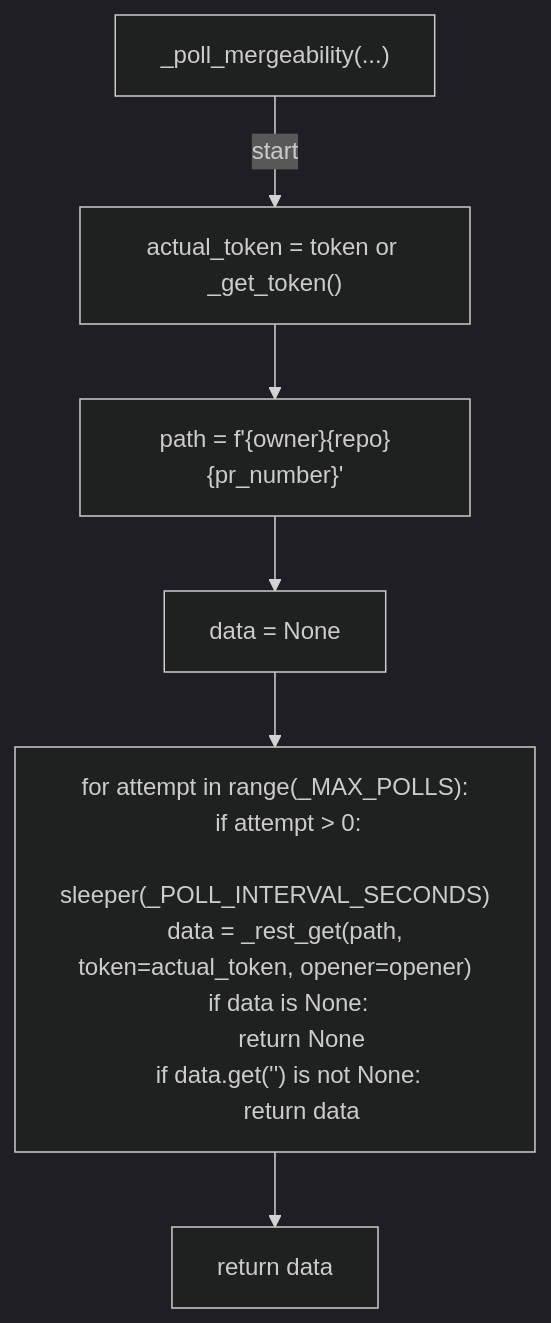
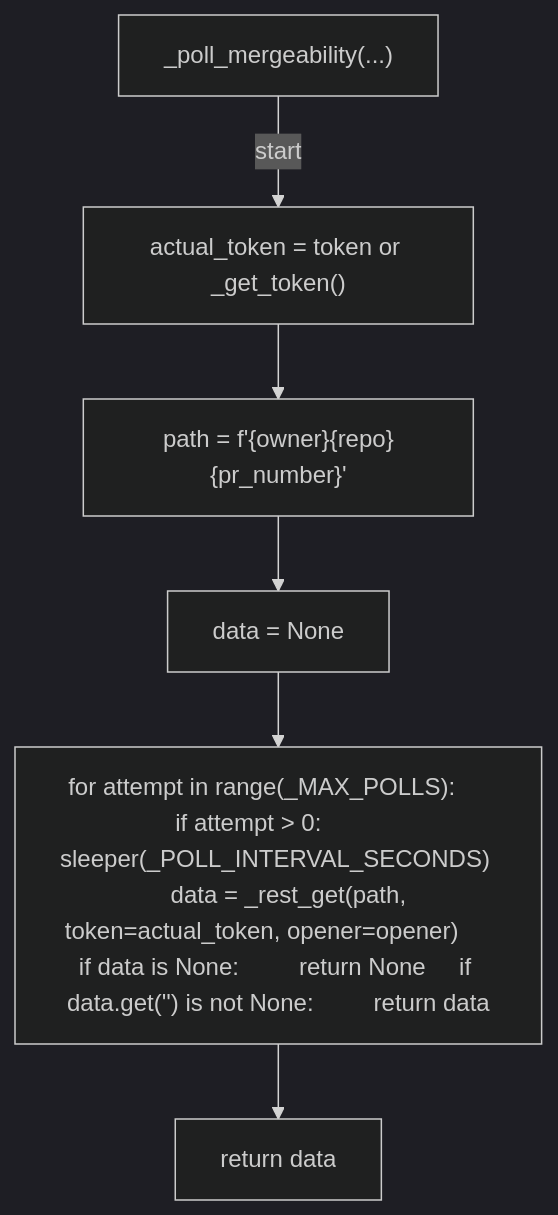
One commit to tvna/claude-md changed the seventh of 12 diagrams in docs/generated/scripts/ast/check_pr_mergeability.md. Above: the diagram before and after it, drawn with Mermaid (dark theme). The commit also changed other lines of this file and 20 other files, not shown here.

First line of the commit message:
docs(generated): regenerate decision tree and workflow diagrams (batch 1/5)

````diff
--- a/docs/generated/scripts/ast/check_pr_mergeability.md
+++ b/docs/generated/scripts/ast/check_pr_mergeability.md
@@ -177,21 +159,14 @@
 ```mermaid
 flowchart TD
     N001["_poll_mergeability(...)"]
     N002["actual_token = token or _get_token()"]
     N003["path = f'<str>{owner}<str>{repo}<str>{pr_number}'"]
     N004["data = None"]
-    N005["for attempt in range(_MAX_POLLS):
-    if attempt > 0:
-        sleeper(_POLL_INTERVAL_SECONDS)
-    data = _rest_get(path, token=actual_token, opener=opener)
-    if data is None:
-        return None
-    if data.get('<str>') is not None:
-        return data"]
+    N005["for attempt in range(_MAX_POLLS):     if attempt > 0:         sleeper(_POLL_INTERVAL_SECONDS)     data = _rest_get(path, token=actual_token, opener=opener)     if data is None:         return None     if data.get('<str>') is not None:         return data"]
     N006["return data"]
     N001 -->|"start"| N002
     N002 --> N003
     N003 --> N004
     N004 --> N005
     N005 --> N006
 ```
````
